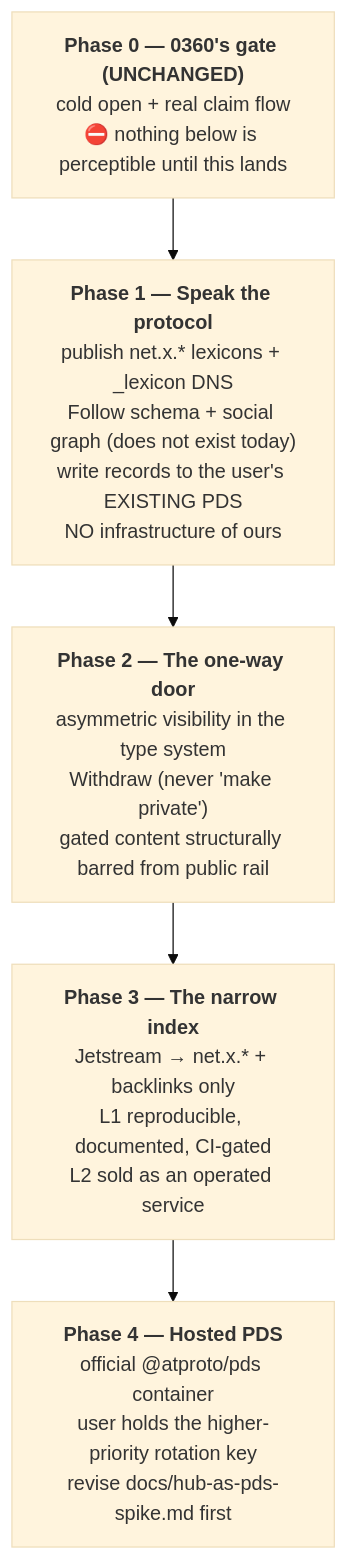
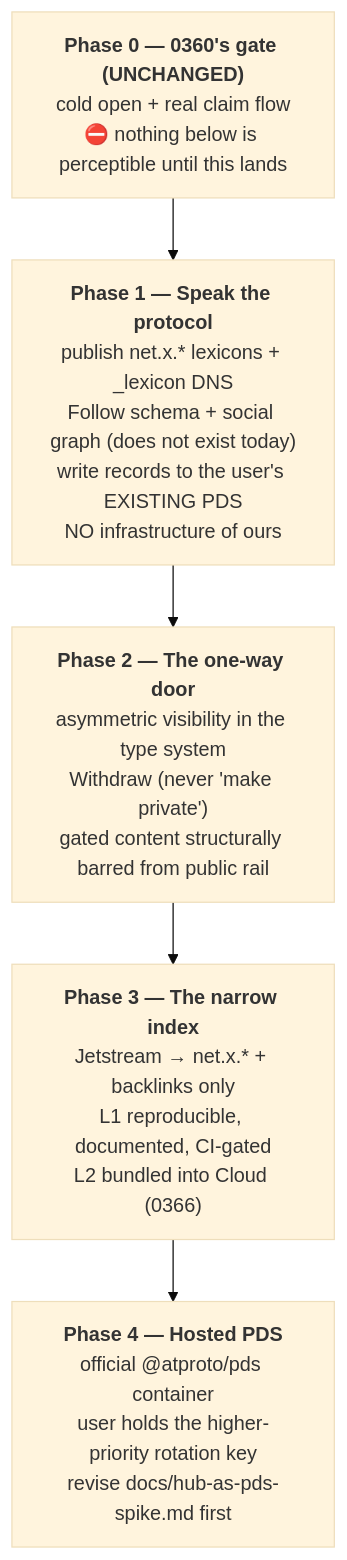
The fourth of 4 diagrams in docs/explorations/0365_[_]_XNET_CLOUD_AS_A_SOCIAL_SUBSTRATE_PDS_APPVIEW_AND_THE_ONE_WAY_DOOR.md (crs48/xNet), drawn with Mermaid (base theme) before and after one commit. The commit also changed other lines of this file and 1 other file, not shown here.

First line of the commit message:
docs(exploration): explore the xNet Index — discovery funded by hosting, not by admission (0366)

````diff
--- a/docs/explorations/0365_[_]_XNET_CLOUD_AS_A_SOCIAL_SUBSTRATE_PDS_APPVIEW_AND_THE_ONE_WAY_DOOR.md
+++ b/docs/explorations/0365_[_]_XNET_CLOUD_AS_A_SOCIAL_SUBSTRATE_PDS_APPVIEW_AND_THE_ONE_WAY_DOOR.md
@@ -601,9 +623,9 @@
 ```mermaid
 flowchart TB
   P0["<b>Phase 0 — 0360's gate (UNCHANGED)</b><br/>cold open + real claim flow<br/>⛔ nothing below is perceptible until this lands"]
   P1["<b>Phase 1 — Speak the protocol</b><br/>publish net.x.* lexicons + _lexicon DNS<br/>Follow schema + social graph (does not exist today)<br/>write records to the user's EXISTING PDS<br/>NO infrastructure of ours"]
   P2["<b>Phase 2 — The one-way door</b><br/>asymmetric visibility in the type system<br/>Withdraw (never 'make private')<br/>gated content structurally barred from public rail"]
-  P3["<b>Phase 3 — The narrow index</b><br/>Jetstream → net.x.* + backlinks only<br/>L1 reproducible, documented, CI-gated<br/>L2 sold as an operated service"]
+  P3["<b>Phase 3 — The narrow index</b><br/>Jetstream → net.x.* + backlinks only<br/>L1 reproducible, documented, CI-gated<br/>L2 bundled into Cloud (0366)"]
   P4["<b>Phase 4 — Hosted PDS</b><br/>official @atproto/pds container<br/>user holds the higher-priority rotation key<br/>revise docs/hub-as-pds-spike.md first"]
   P0 --> P1 --> P2 --> P3 --> P4
 ```
````
